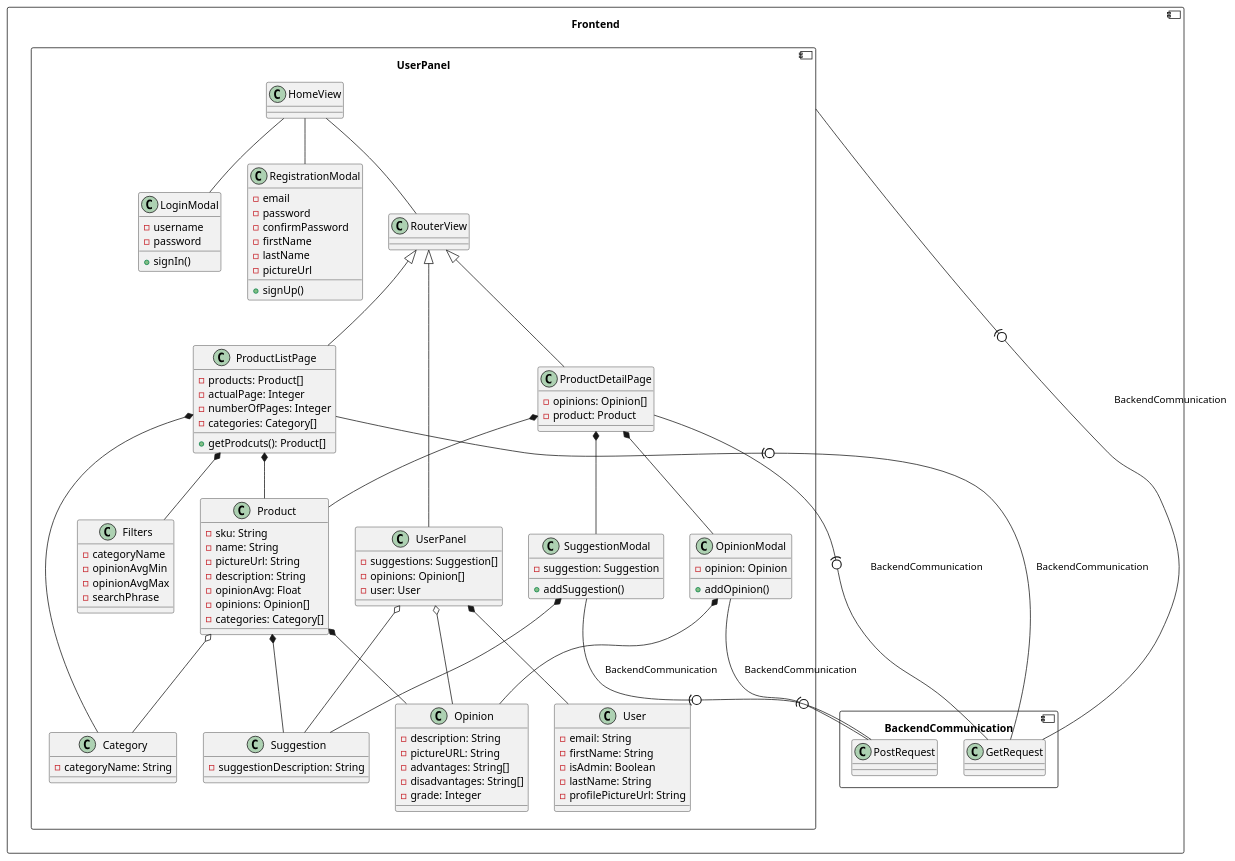
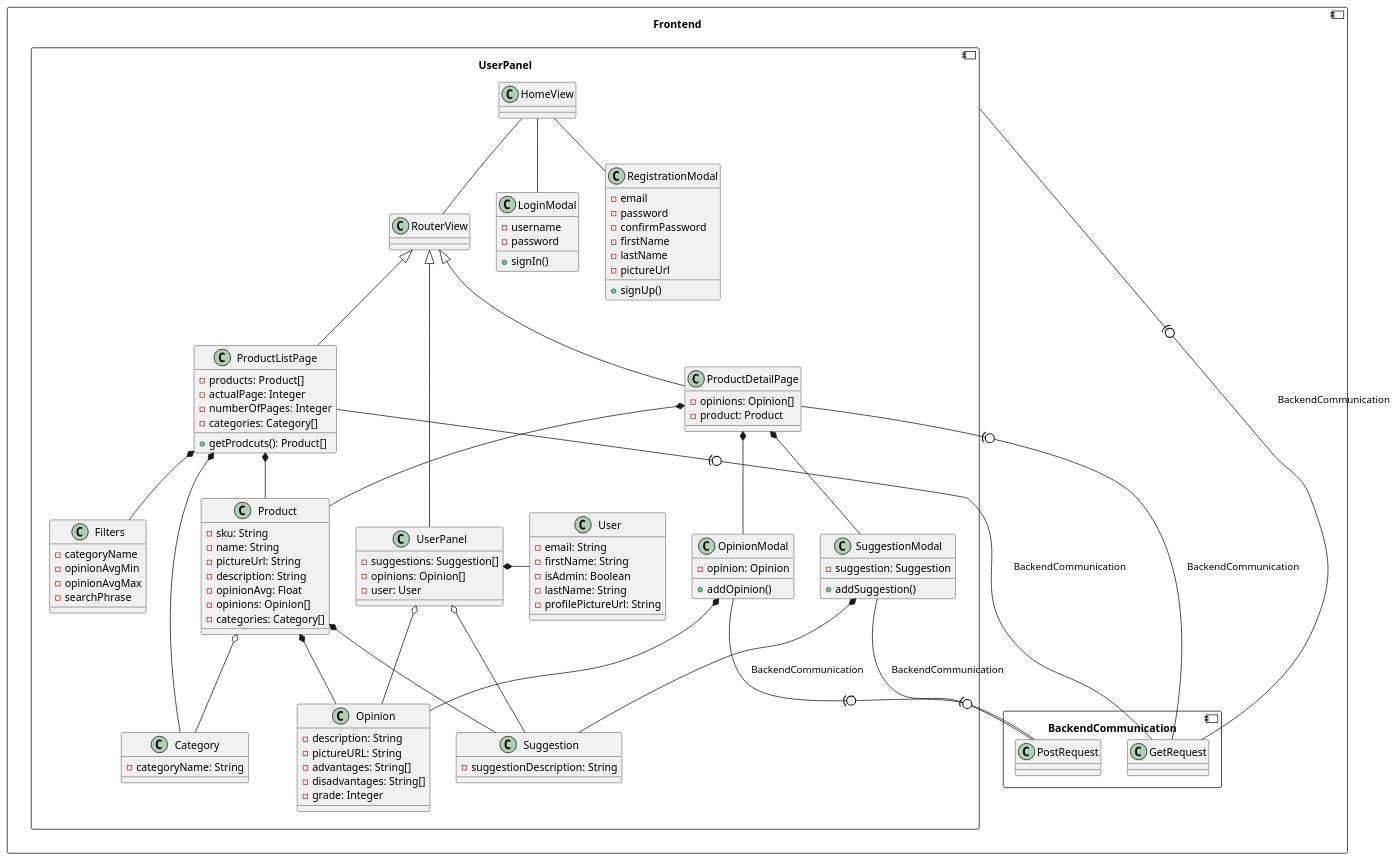
Diagram 12 of 12 in FullClassDiagrams.md (RadekBucki/OpinionCollectorArchitecture), drawn with PlantUML before and after one commit.

Commit message:
User frontend

```diff
--- a/FullClassDiagrams.md
+++ b/FullClassDiagrams.md
@@ -829,7 +829,7 @@
             - opinions: Opinion[]
             - user: User
         }
-        UserPanel *-- User
+        UserPanel *- User
         UserPanel o-- Suggestion
         UserPanel o-- Opinion
         
```
